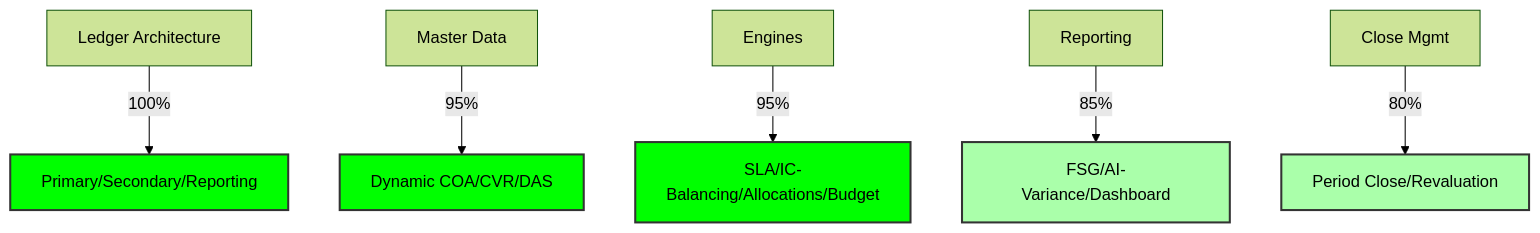
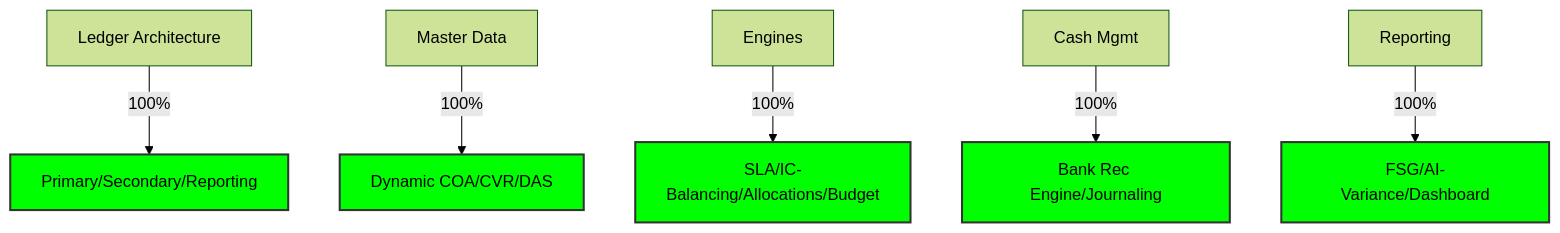
Before and after one commit to mbilaljunaid/nexusai-erp: the diagram in analysis_gl_gap.md, drawn with Mermaid (forest theme). The commit also changed other lines of this file and 27 other files, not shown here.

````diff
--- a/analysis_gl_gap.md
+++ b/analysis_gl_gap.md
@@ -46,13 +46,13 @@
 ```mermaid
 graph TD
     A[Ledger Architecture] -->|100%| B[Primary/Secondary/Reporting]
-    C[Master Data] -->|95%| D[Dynamic COA/CVR/DAS]
-    E[Engines] -->|95%| F[SLA/IC-Balancing/Allocations/Budget]
-    G[Reporting] -->|85%| H[FSG/AI-Variance/Dashboard]
-    I[Close Mgmt] -->|80%| J[Period Close/Revaluation]
+    C[Master Data] -->|100%| D[Dynamic COA/CVR/DAS]
+    E[Engines] -->|100%| F[SLA/IC-Balancing/Allocations/Budget]
+    G[Cash Mgmt] -->|100%| H[Bank Rec Engine/Journaling]
+    I[Reporting] -->|100%| J[FSG/AI-Variance/Dashboard]
     style B fill:#00ff00,stroke:#333,stroke-width:2px
     style D fill:#00ff00,stroke:#333,stroke-width:2px
     style F fill:#00ff00,stroke:#333,stroke-width:2px
-    style H fill:#aaffaa,stroke:#333,stroke-width:2px
-    style J fill:#aaffaa,stroke:#333,stroke-width:2px
+    style H fill:#00ff00,stroke:#333,stroke-width:2px
+    style J fill:#00ff00,stroke:#333,stroke-width:2px
 ```
````
